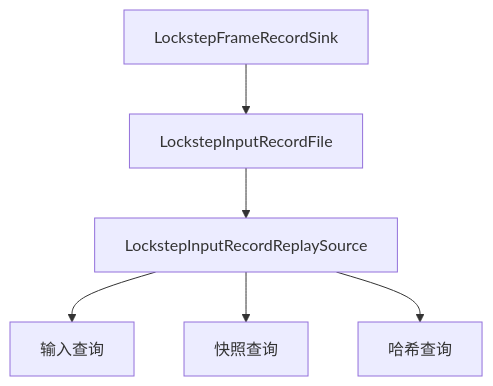
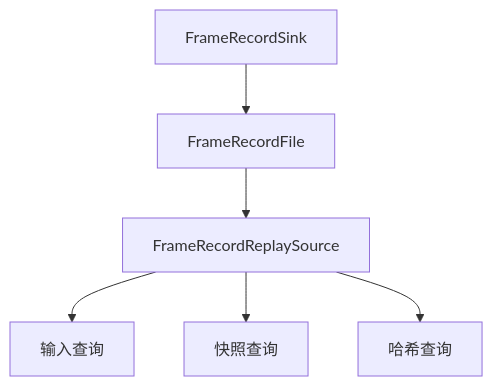
The third of 4 diagrams in Docs/design/07-NetworkSynchronization/04-ReplaySystem.md (Kurumioi/AbilityKit), drawn with Mermaid before and after one commit. The commit also changed other lines of this file and 323 other files, not shown here.

````diff
--- a/Docs/design/07-NetworkSynchronization/04-ReplaySystem.md
+++ b/Docs/design/07-NetworkSynchronization/04-ReplaySystem.md
@@ -214,8 +214,8 @@
 ```mermaid
 flowchart TB
-    Writer[LockstepFrameRecordSink] --> File[LockstepInputRecordFile]
-    File --> ReplaySource[LockstepInputRecordReplaySource]
+    Writer[FrameRecordSink] --> File[FrameRecordFile]
+    File --> ReplaySource[FrameRecordReplaySource]
     ReplaySource --> Inputs[输入查询]
     ReplaySource --> Snapshots[快照查询]
     ReplaySource --> Hashes[哈希查询]
 ```
````
